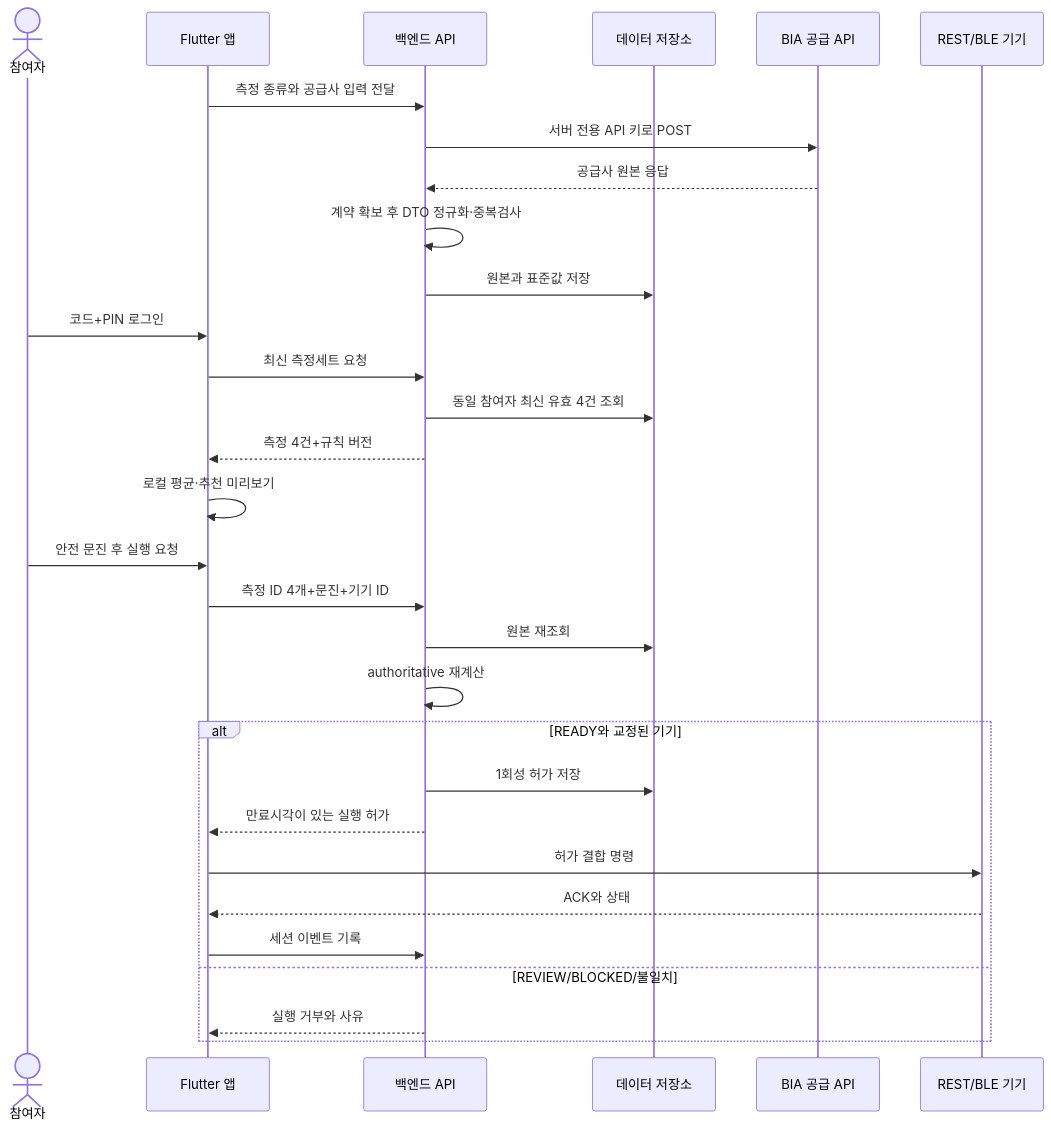
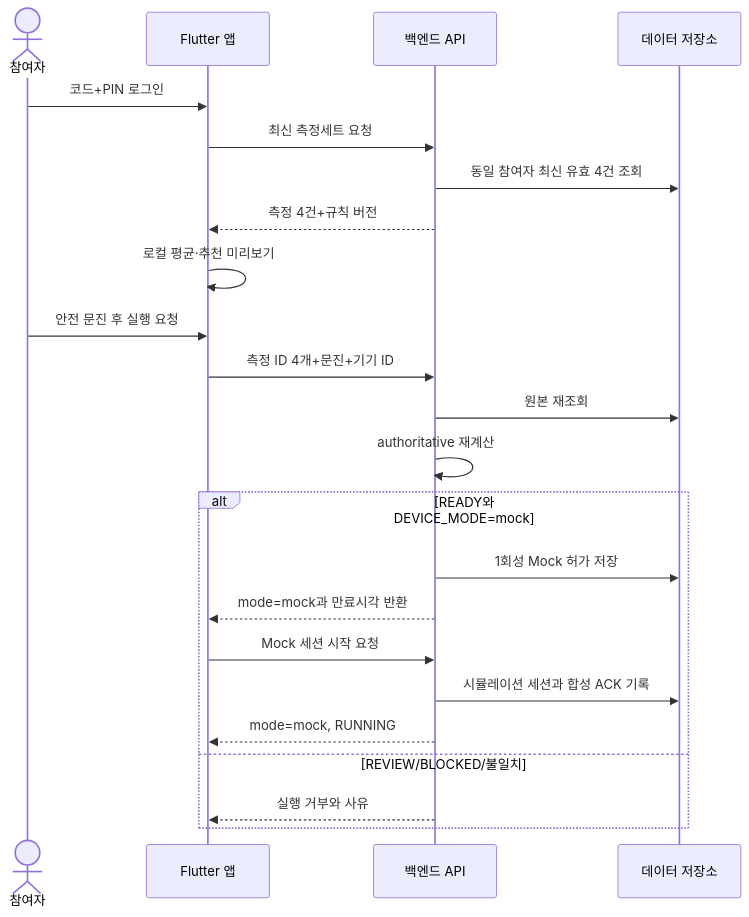
Before and after one commit to Dowon-Kang/vibecare-pilot: the second of 4 diagrams in docs/architecture.md, drawn with Mermaid. The commit also changed other lines of this file and 45 other files, not shown here.

````diff
--- a/docs/architecture.md
+++ b/docs/architecture.md
@@ -28,33 +30,25 @@
 ```mermaid
 sequenceDiagram
     actor User as 참여자
     participant App as Flutter 앱
     participant API as 백엔드 API
     participant DB as 데이터 저장소
-    participant BIA as BIA 공급 API
-    participant Dev as REST/BLE 기기
-
-    App->>API: 측정 종류와 공급사 입력 전달
-    API->>BIA: 서버 전용 API 키로 POST
-    BIA-->>API: 공급사 원본 응답
-    API->>API: 계약 확보 후 DTO 정규화·중복검사
-    API->>DB: 원본과 표준값 저장
     User->>App: 코드+PIN 로그인
     App->>API: 최신 측정세트 요청
     API->>DB: 동일 참여자 최신 유효 4건 조회
     API-->>App: 측정 4건+규칙 버전
     App->>App: 로컬 평균·추천 미리보기
     User->>App: 안전 문진 후 실행 요청
     App->>API: 측정 ID 4개+문진+기기 ID
     API->>DB: 원본 재조회
     API->>API: authoritative 재계산
-    alt READY와 교정된 기기
-        API->>DB: 1회성 허가 저장
-        API-->>App: 만료시각이 있는 실행 허가
-        App->>Dev: 허가 결합 명령
-        Dev-->>App: ACK와 상태
-        App->>API: 세션 이벤트 기록
+    alt READY와 DEVICE_MODE=mock
+        API->>DB: 1회성 Mock 허가 저장
+        API-->>App: mode=mock과 만료시각 반환
+        App->>API: Mock 세션 시작 요청
+        API->>DB: 시뮬레이션 세션과 합성 ACK 기록
+        API-->>App: mode=mock, RUNNING
     else REVIEW/BLOCKED/불일치
         API-->>App: 실행 거부와 사유
     end
 ```
````
